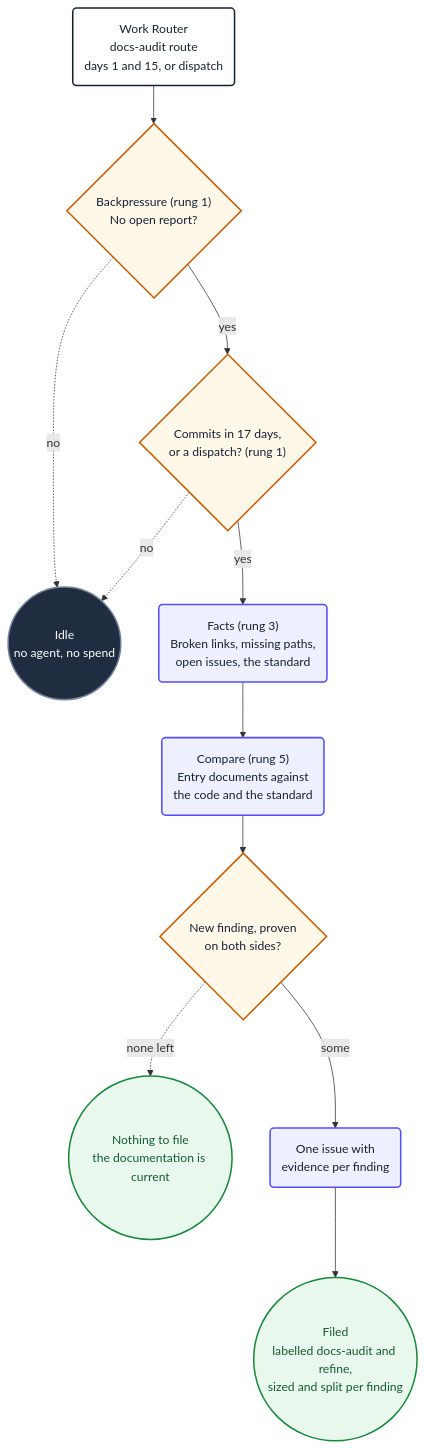
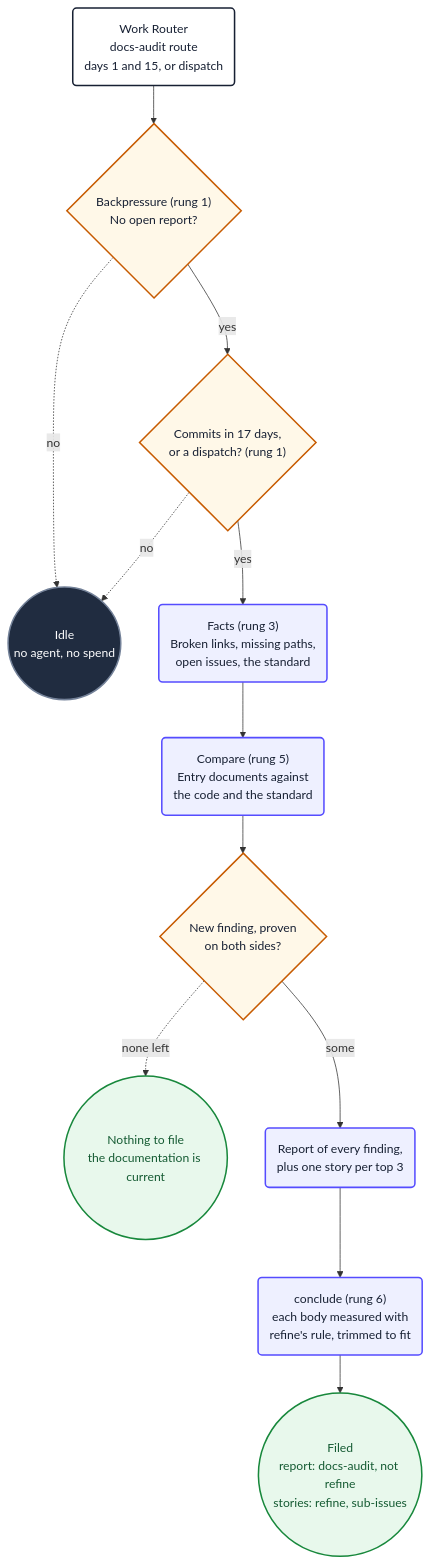
One commit to PlainConceptsPlatform/agentic-workflows changed diagram 11 of 16 in loops/docs/diagrams.md. Above: the diagram before and after it, drawn with Mermaid. The commit also changed other lines of this file and 31 other files, not shown here.

First line of the commit message:
feat: Dependabot auto-merge, docs-audit under refine's size gate (1.13.0) (#491)

````diff
--- a/loops/docs/diagrams.md
+++ b/loops/docs/diagrams.md
@@ -539,30 +539,31 @@
 ```mermaid
 flowchart TD
     daStart("Work Router<br/>docs-audit route<br/>days 1 and 15, or dispatch") --> daBack
     daBack{"Backpressure (rung 1)<br/>No open report?"}
     daBack -.->|no| daIdle
     daBack -->|yes| daMoved
     daMoved{"Commits in 17 days,<br/>or a dispatch? (rung 1)"}
     daMoved -.->|no| daIdle
     daMoved -->|yes| daFacts
     daFacts("Facts (rung 3)<br/>Broken links, missing paths,<br/>open issues, the standard") --> daRun
     daRun("Compare (rung 5)<br/>Entry documents against<br/>the code and the standard") --> daDedupe
     daDedupe{"New finding, proven<br/>on both sides?"}
     daDedupe -.->|"none left"| daQuiet
     daDedupe -->|"some"| daFile
-    daFile("One issue with<br/>evidence per finding") --> daReport
-    daReport(("Filed<br/>labelled docs-audit and refine,<br/>sized and split per finding"))
+    daFile("Report of every finding,<br/>plus one story per top 3") --> daMeasure
+    daMeasure("conclude (rung 6)<br/>each body measured with<br/>refine's rule, trimmed to fit") --> daReport
+    daReport(("Filed<br/>report: docs-audit, not refine<br/>stories: refine, sub-issues"))
     daQuiet(("Nothing to file<br/>the documentation is current"))
     daIdle(("Idle<br/>no agent, no spend"))
 
     classDef start fill:#ffffff,stroke:#172033,stroke-width:2px,color:#172033
     classDef action fill:#eef0ff,stroke:#554cff,stroke-width:2px,color:#172033
     classDef decision fill:#fff8e8,stroke:#c75b00,stroke-width:2px,color:#172033
     classDef idle fill:#202c40,stroke:#738198,stroke-width:2px,color:#ffffff
     classDef success fill:#e8f8ec,stroke:#18883c,stroke-width:2px,color:#145a32
     class daStart start
-    class daFacts,daRun,daFile action
+    class daFacts,daRun,daFile,daMeasure action
     class daBack,daMoved,daDedupe decision
     class daIdle idle
     class daReport,daQuiet success
 ```
````
